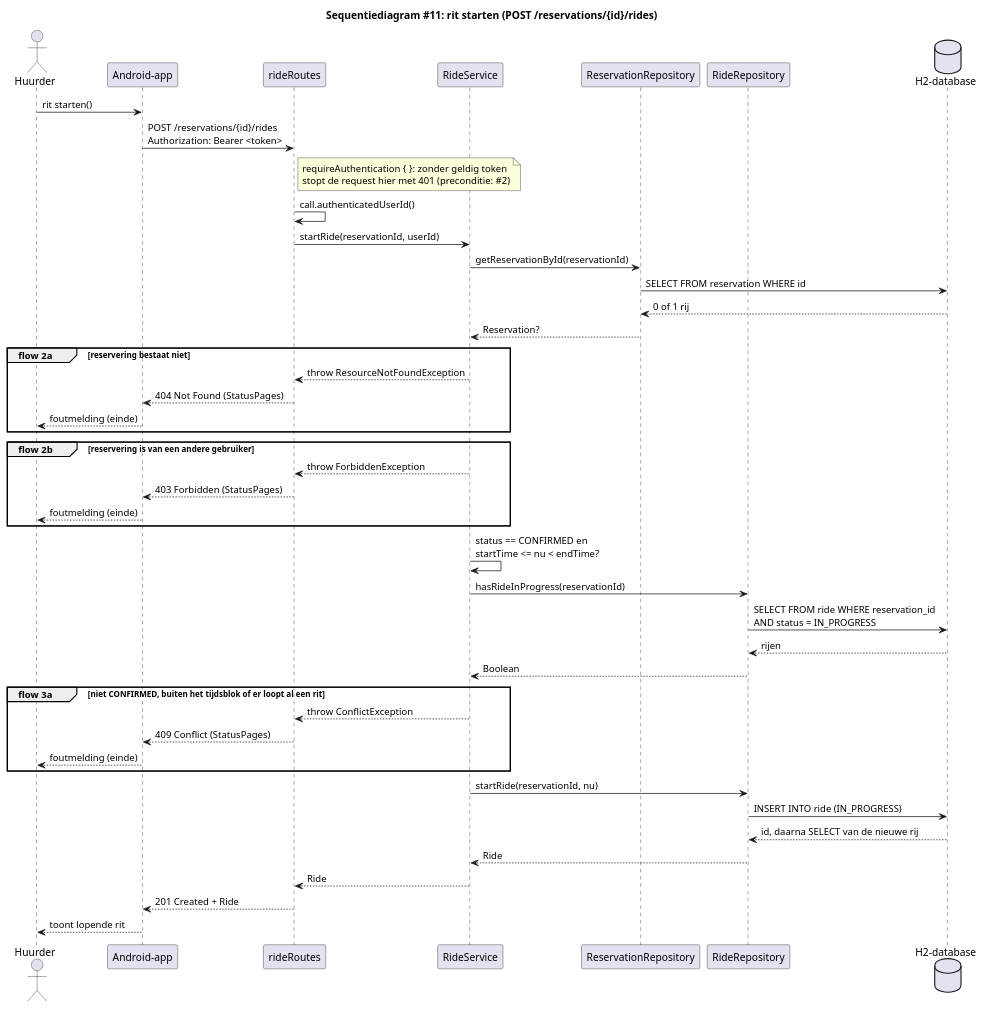
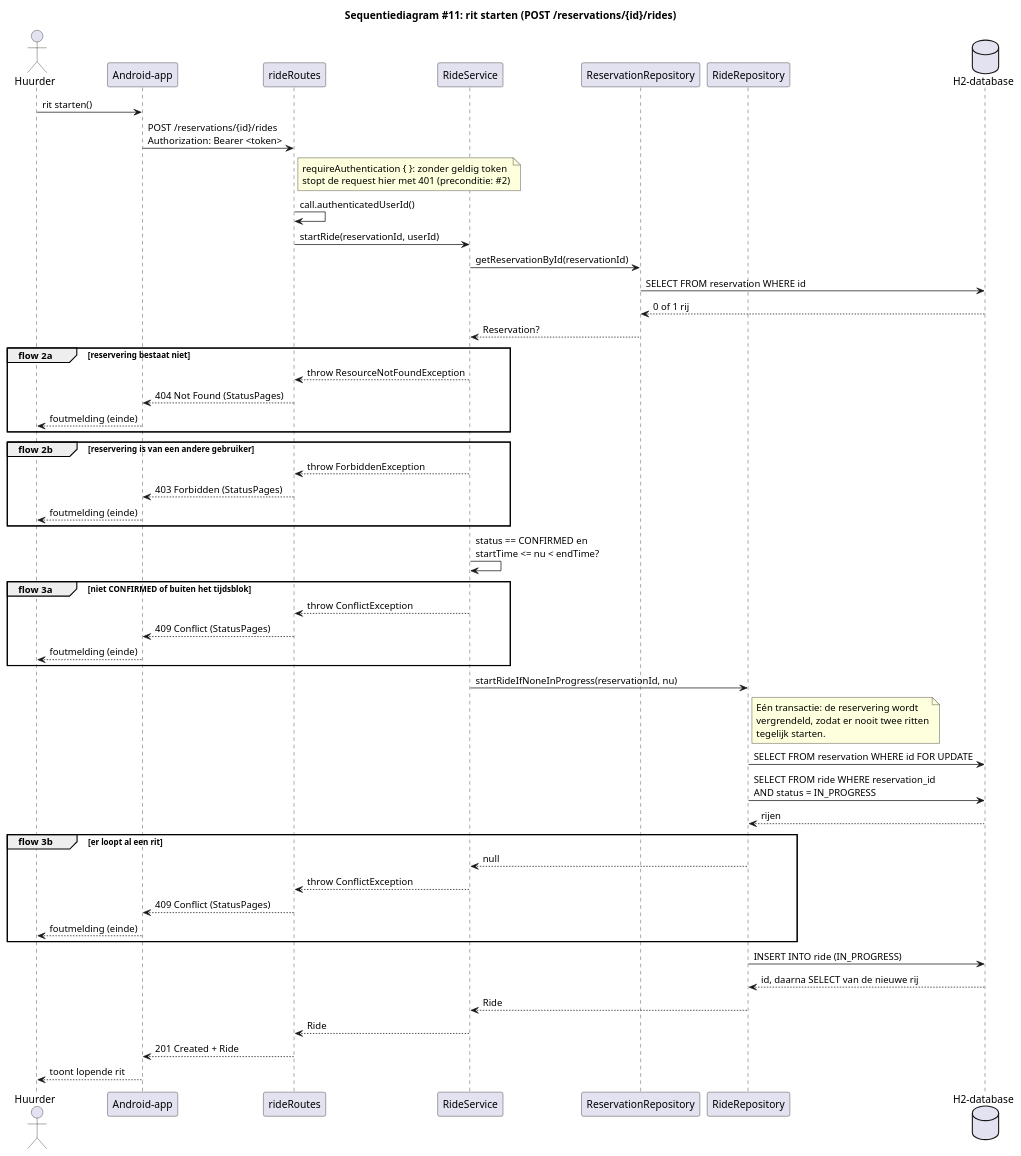
The diagram in diagrams/sequence/StartRide.puml (MarkPrins18/hbo-leerjaar2), drawn with PlantUML before and after one commit. The commit also changed 7 other files, not shown here.

Commit message:
docs: diagrammen, OpenAPI en spec gelijkgetrokken met de code

```diff
--- a/diagrams/sequence/StartRide.puml
+++ b/diagrams/sequence/StartRide.puml
@@ -1,57 +1,69 @@
 @startuml StartRide
 title Sequentiediagram #11: rit starten (POST /reservations/{id}/rides)
 
 actor Huurder as g
 participant "Android-app" as app
 participant "rideRoutes" as rt
 participant "RideService" as svc
 participant "ReservationRepository" as resrepo
 participant "RideRepository" as riderepo
 database "H2-database" as db
 
 g -> app : rit starten()
 app -> rt : POST /reservations/{id}/rides\nAuthorization: Bearer <token>
 note right of rt
   requireAuthentication { }: zonder geldig token
   stopt de request hier met 401 (preconditie: #2)
 end note
 rt -> rt : call.authenticatedUserId()
 rt -> svc : startRide(reservationId, userId)
 svc -> resrepo : getReservationById(reservationId)
 resrepo -> db : SELECT FROM reservation WHERE id
 db --> resrepo : 0 of 1 rij
 resrepo --> svc : Reservation?
 
 group flow 2a [reservering bestaat niet]
     svc --> rt : throw ResourceNotFoundException
     rt --> app : 404 Not Found (StatusPages)
     app --> g : foutmelding (einde)
 end
 
 group flow 2b [reservering is van een andere gebruiker]
     svc --> rt : throw ForbiddenException
     rt --> app : 403 Forbidden (StatusPages)
     app --> g : foutmelding (einde)
 end
 
 svc -> svc : status == CONFIRMED en\nstartTime <= nu < endTime?
-svc -> riderepo : hasRideInProgress(reservationId)
-riderepo -> db : SELECT FROM ride WHERE reservation_id\nAND status = IN_PROGRESS
-db --> riderepo : rijen
-riderepo --> svc : Boolean
 
-group flow 3a [niet CONFIRMED, buiten het tijdsblok of er loopt al een rit]
+group flow 3a [niet CONFIRMED of buiten het tijdsblok]
     svc --> rt : throw ConflictException
     rt --> app : 409 Conflict (StatusPages)
     app --> g : foutmelding (einde)
 end
 
-svc -> riderepo : startRide(reservationId, nu)
+svc -> riderepo : startRideIfNoneInProgress(reservationId, nu)
+note right of riderepo
+  Eén transactie: de reservering wordt
+  vergrendeld, zodat er nooit twee ritten
+  tegelijk starten.
+end note
+riderepo -> db : SELECT FROM reservation WHERE id FOR UPDATE
+riderepo -> db : SELECT FROM ride WHERE reservation_id\nAND status = IN_PROGRESS
+db --> riderepo : rijen
+
+group flow 3b [er loopt al een rit]
+    riderepo --> svc : null
+    svc --> rt : throw ConflictException
+    rt --> app : 409 Conflict (StatusPages)
+    app --> g : foutmelding (einde)
+end
+
 riderepo -> db : INSERT INTO ride (IN_PROGRESS)
 db --> riderepo : id, daarna SELECT van de nieuwe rij
 riderepo --> svc : Ride
 svc --> rt : Ride
 rt --> app : 201 Created + Ride
 app --> g : toont lopende rit
 
 @enduml
```
